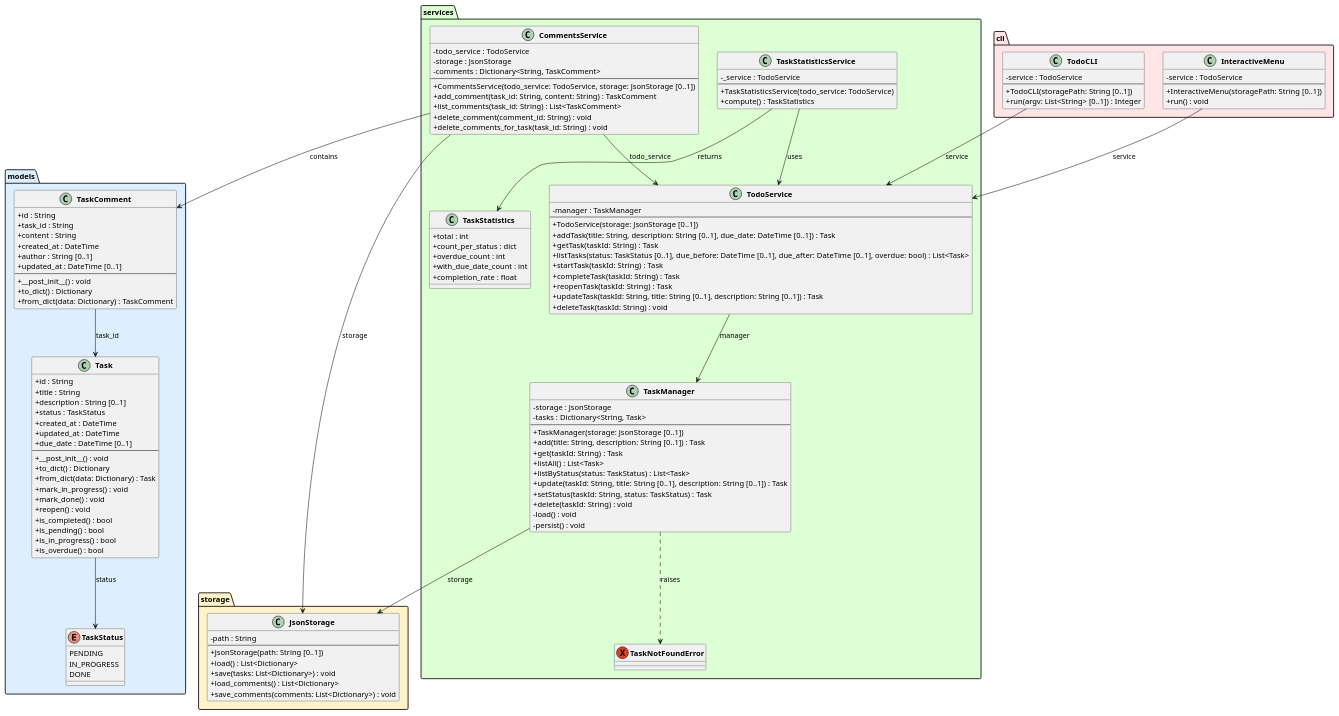
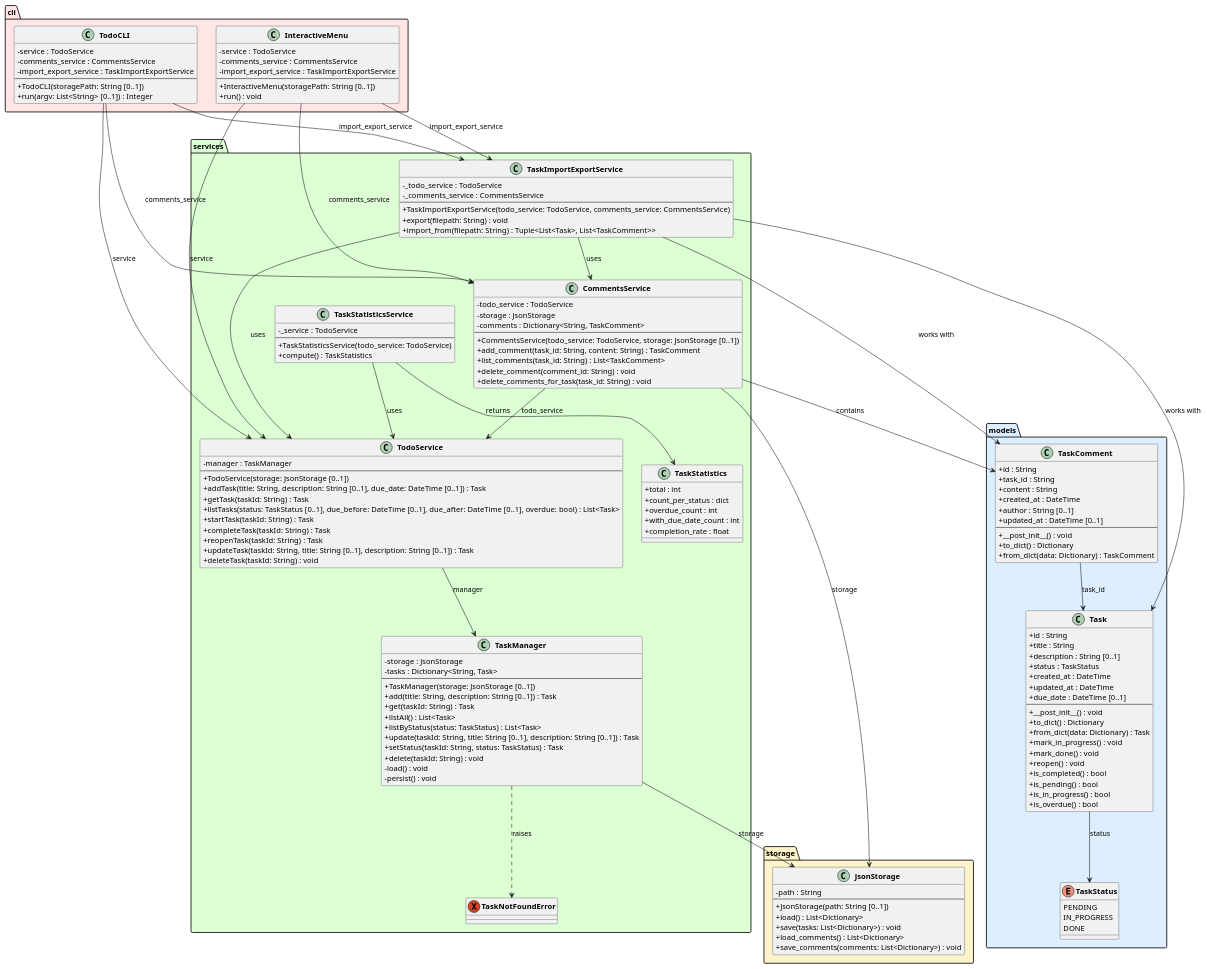
One commit to DanielRiha8906/Software_autoevolution_using_agents changed the diagram in experiments/pipeline/test_driven/TODO/artifacts/class_diagram.puml. Above: the diagram before and after it, drawn with PlantUML. The commit also changed 9 other files, not shown here.

First line of the commit message:
task 07 | pipeline / test_driven / TODO

```diff
--- a/experiments/pipeline/test_driven/TODO/artifacts/class_diagram.puml
+++ b/experiments/pipeline/test_driven/TODO/artifacts/class_diagram.puml
@@ -1,150 +1,171 @@
 @startuml class_diagram
 
 skinparam classAttributeIconSize 0
 skinparam classFontStyle bold
 
 package "models" #DDEEFF {
     enum TaskStatus {
         PENDING
         IN_PROGRESS
         DONE
     }
 
     class Task {
         +id : String
         +title : String
         +description : String [0..1]
         +status : TaskStatus
         +created_at : DateTime
         +updated_at : DateTime
         +due_date : DateTime [0..1]
         --
         +__post_init__() : void
         +to_dict() : Dictionary
         +from_dict(data: Dictionary) : Task
         +mark_in_progress() : void
         +mark_done() : void
         +reopen() : void
         +is_completed() : bool
         +is_pending() : bool
         +is_in_progress() : bool
         +is_overdue() : bool
     }
 
     class TaskComment {
         +id : String
         +task_id : String
         +content : String
         +created_at : DateTime
         +author : String [0..1]
         +updated_at : DateTime [0..1]
         --
         +__post_init__() : void
         +to_dict() : Dictionary
         +from_dict(data: Dictionary) : TaskComment
     }
 }
 
 package "storage" #FFF3CC {
     class JsonStorage {
         -path : String
         --
         +JsonStorage(path: String [0..1])
         +load() : List<Dictionary>
         +save(tasks: List<Dictionary>) : void
         +load_comments() : List<Dictionary>
         +save_comments(comments: List<Dictionary>) : void
     }
 }
 
 package "services" #DDFFD4 {
     exception TaskNotFoundError
 
     class TaskManager {
         -storage : JsonStorage
         -tasks : Dictionary<String, Task>
         --
         +TaskManager(storage: JsonStorage [0..1])
         +add(title: String, description: String [0..1]) : Task
         +get(taskId: String) : Task
         +listAll() : List<Task>
         +listByStatus(status: TaskStatus) : List<Task>
         +update(taskId: String, title: String [0..1], description: String [0..1]) : Task
         +setStatus(taskId: String, status: TaskStatus) : Task
         +delete(taskId: String) : void
         -load() : void
         -persist() : void
     }
 
     class TodoService {
         -manager : TaskManager
         --
         +TodoService(storage: JsonStorage [0..1])
         +addTask(title: String, description: String [0..1], due_date: DateTime [0..1]) : Task
         +getTask(taskId: String) : Task
         +listTasks(status: TaskStatus [0..1], due_before: DateTime [0..1], due_after: DateTime [0..1], overdue: bool) : List<Task>
         +startTask(taskId: String) : Task
         +completeTask(taskId: String) : Task
         +reopenTask(taskId: String) : Task
         +updateTask(taskId: String, title: String [0..1], description: String [0..1]) : Task
         +deleteTask(taskId: String) : void
     }
 
     class CommentsService {
         -todo_service : TodoService
         -storage : JsonStorage
         -comments : Dictionary<String, TaskComment>
         --
         +CommentsService(todo_service: TodoService, storage: JsonStorage [0..1])
         +add_comment(task_id: String, content: String) : TaskComment
         +list_comments(task_id: String) : List<TaskComment>
         +delete_comment(comment_id: String) : void
         +delete_comments_for_task(task_id: String) : void
     }
 
     class TaskStatistics {
         +total : int
         +count_per_status : dict
         +overdue_count : int
         +with_due_date_count : int
         +completion_rate : float
     }
 
     class TaskStatisticsService {
         -_service : TodoService
         --
         +TaskStatisticsService(todo_service: TodoService)
         +compute() : TaskStatistics
     }
+
+    class TaskImportExportService {
+        -_todo_service : TodoService
+        -_comments_service : CommentsService
+        --
+        +TaskImportExportService(todo_service: TodoService, comments_service: CommentsService)
+        +export(filepath: String) : void
+        +import_from(filepath: String) : Tuple<List<Task>, List<TaskComment>>
+    }
 }
 
 package "cli" #FFE5E5 {
     class TodoCLI {
         -service : TodoService
+        -comments_service : CommentsService
+        -import_export_service : TaskImportExportService
         --
         +TodoCLI(storagePath: String [0..1])
         +run(argv: List<String> [0..1]) : Integer
     }
 
     class InteractiveMenu {
         -service : TodoService
+        -comments_service : CommentsService
+        -import_export_service : TaskImportExportService
         --
         +InteractiveMenu(storagePath: String [0..1])
         +run() : void
     }
 }
 
 Task --> TaskStatus : status
 TaskComment --> Task : task_id
 TaskManager --> JsonStorage : storage
 TaskManager ..> TaskNotFoundError : raises
 TodoService --> TaskManager : manager
 CommentsService --> TodoService : todo_service
 CommentsService --> JsonStorage : storage
 CommentsService --> TaskComment : contains
 TaskStatisticsService --> TodoService : uses
 TaskStatisticsService --> TaskStatistics : returns
+TaskImportExportService --> TodoService : uses
+TaskImportExportService --> CommentsService : uses
+TaskImportExportService --> Task : works with
+TaskImportExportService --> TaskComment : works with
 TodoCLI --> TodoService : service
+TodoCLI --> CommentsService : comments_service
+TodoCLI --> TaskImportExportService : import_export_service
 InteractiveMenu --> TodoService : service
+InteractiveMenu --> CommentsService : comments_service
+InteractiveMenu --> TaskImportExportService : import_export_service
 
 @enduml
```
